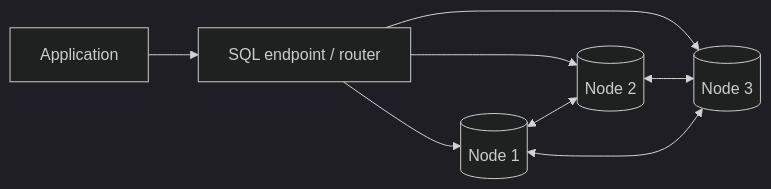
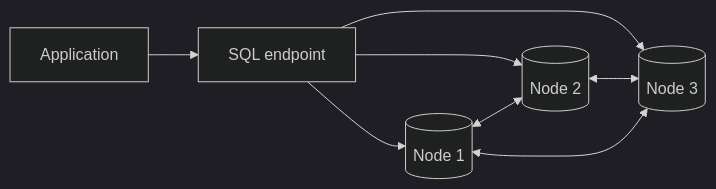
One commit to Kert0n/KPO changed the ninth of 13 diagrams in content/lectures/Lec9/vitepress.md. Above: the diagram before and after it, drawn with Mermaid (dark theme). The commit also changed other lines of this file, not shown here.

````diff
--- a/content/lectures/Lec9/vitepress.md
+++ b/content/lectures/Lec9/vitepress.md
@@ -1169,10 +1630,10 @@
 ```mermaid
 flowchart LR
-    App["Application"] --> Sql["SQL endpoint / router"]
-    Sql --> Node1[("Node 1")]
-    Sql --> Node2[("Node 2")]
-    Sql --> Node3[("Node 3")]
+    App["Application"] --> SQL["SQL endpoint"]
+    SQL --> Node1[("Node 1")]
+    SQL --> Node2[("Node 2")]
+    SQL --> Node3[("Node 3")]
     Node1 <--> Node2
     Node2 <--> Node3
     Node3 <--> Node1
 ```
````
